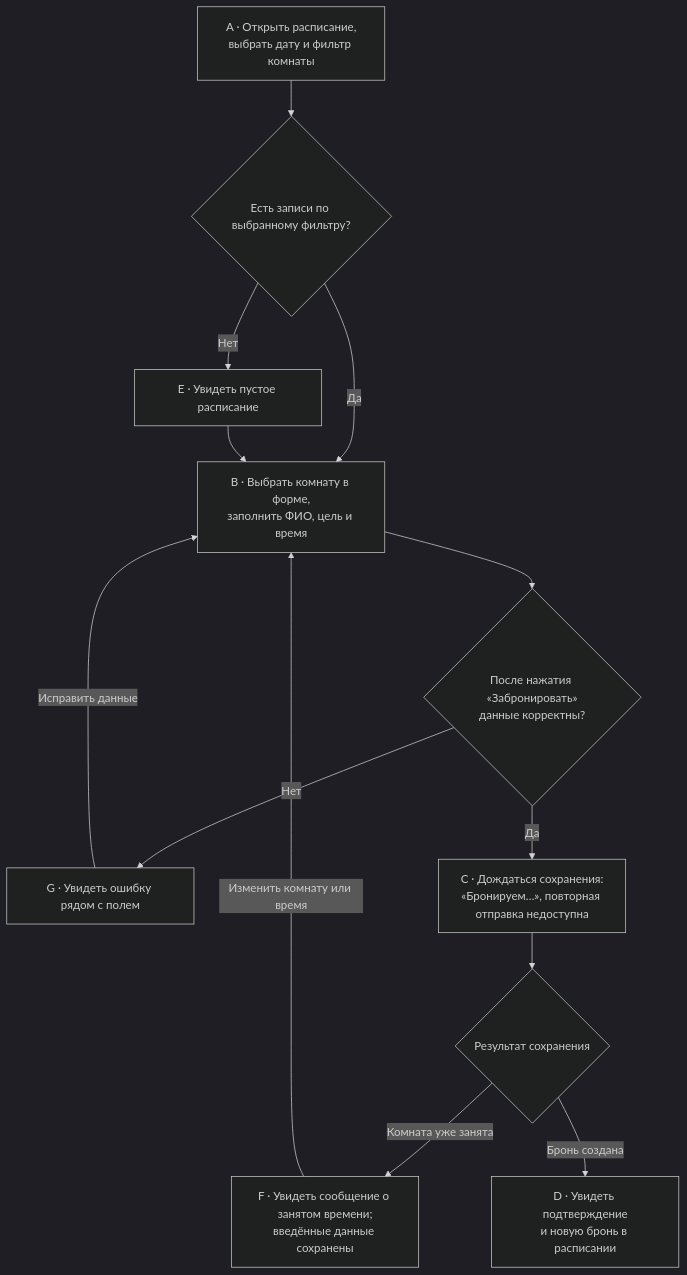
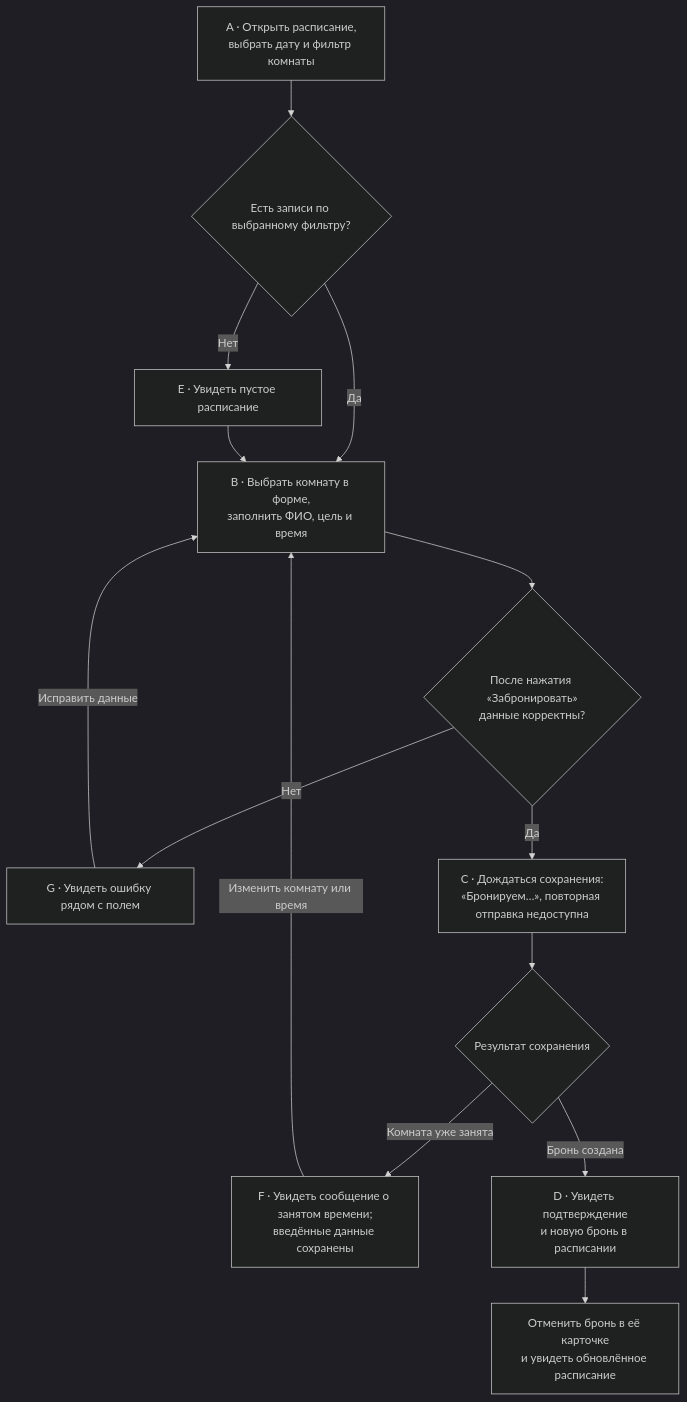
The diagram in practices/practice_08/RoomBook/README.md (sergeevroma/ITMOv2), drawn with Mermaid (dark theme) before and after one commit. The commit also changed other lines of this file and 24 other files, not shown here.

Commit message:
complete booking flow and client tests

````diff
--- a/practices/practice_08/RoomBook/README.md
+++ b/practices/practice_08/RoomBook/README.md
@@ -63,26 +87,28 @@
 ```mermaid
 flowchart TD
     A["A · Открыть расписание,<br/>выбрать дату и фильтр комнаты"]
     Q{"Есть записи по выбранному фильтру?"}
     E["E · Увидеть пустое расписание"]
     B["B · Выбрать комнату в форме,<br/>заполнить ФИО, цель и время"]
     V{"После нажатия «Забронировать»<br/>данные корректны?"}
     G["G · Увидеть ошибку рядом с полем"]
     C["C · Дождаться сохранения:<br/>«Бронируем…», повторная отправка недоступна"]
     R{"Результат сохранения"}
     F["F · Увидеть сообщение о занятом времени;<br/>введённые данные сохранены"]
     D["D · Увидеть подтверждение<br/>и новую бронь в расписании"]
+    H["Отменить бронь в её карточке<br/>и увидеть обновлённое расписание"]
 
     A --> Q
     Q -->|Да| B
     Q -->|Нет| E
     E --> B
     B --> V
     V -->|Нет| G
     G -->|Исправить данные| B
     V -->|Да| C
     C --> R
     R -->|Комната уже занята| F
     F -->|Изменить комнату или время| B
     R -->|Бронь создана| D
+    D --> H
 ```
````
